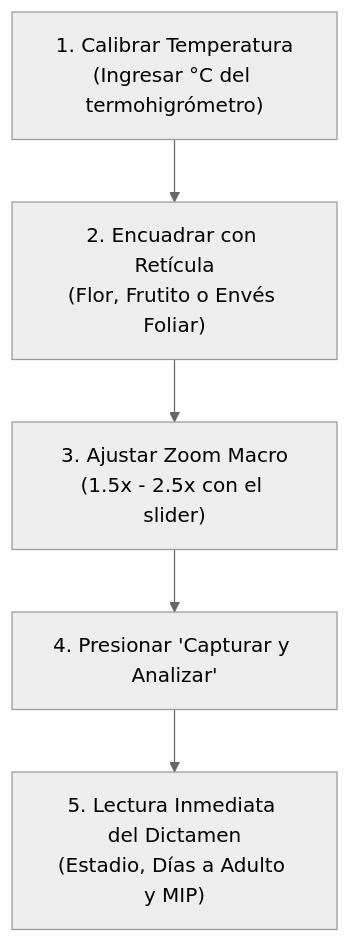
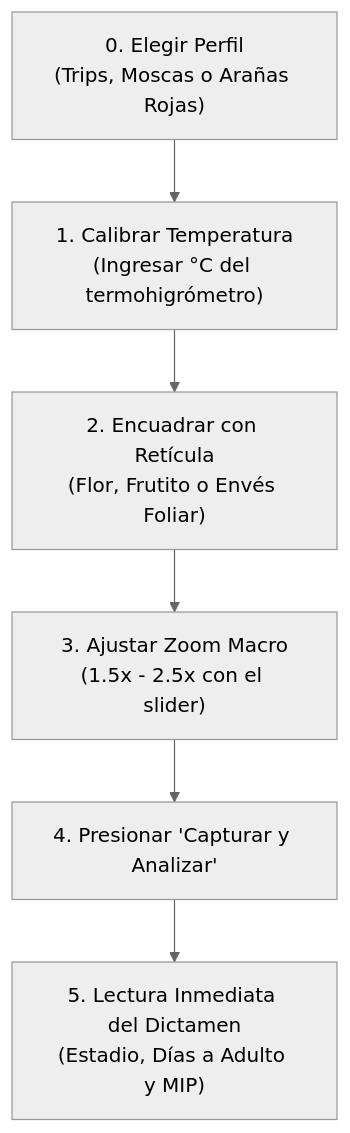
The diagram in docs/USER_MANUAL.md (VoctorMCL/macollo-trips-api), drawn with Mermaid (neutral theme) before and after one commit. The commit also changed other lines of this file and 61 other files, not shown here.

````diff
--- a/docs/USER_MANUAL.md
+++ b/docs/USER_MANUAL.md
@@ -24,7 +24,8 @@
 ```mermaid
 flowchart TD
-    PASO1["1. Calibrar Temperatura<br/>(Ingresar °C del termohigrómetro)"] --> PASO2["2. Encuadrar con Retícula<br/>(Flor, Frutito o Envés Foliar)"]
+    PASO0["0. Elegir Perfil<br/>(Trips, Moscas o Arañas Rojas)"] --> PASO1["1. Calibrar Temperatura<br/>(Ingresar °C del termohigrómetro)"]
+    PASO1 --> PASO2["2. Encuadrar con Retícula<br/>(Flor, Frutito o Envés Foliar)"]
     PASO2 --> PASO3["3. Ajustar Zoom Macro<br/>(1.5x - 2.5x con el slider)"]
     PASO3 --> PASO4["4. Presionar 'Capturar y Analizar'"]
     PASO4 --> PASO5["5. Lectura Inmediata del Dictamen<br/>(Estadio, Días a Adulto y MIP)"]
 ```
````
